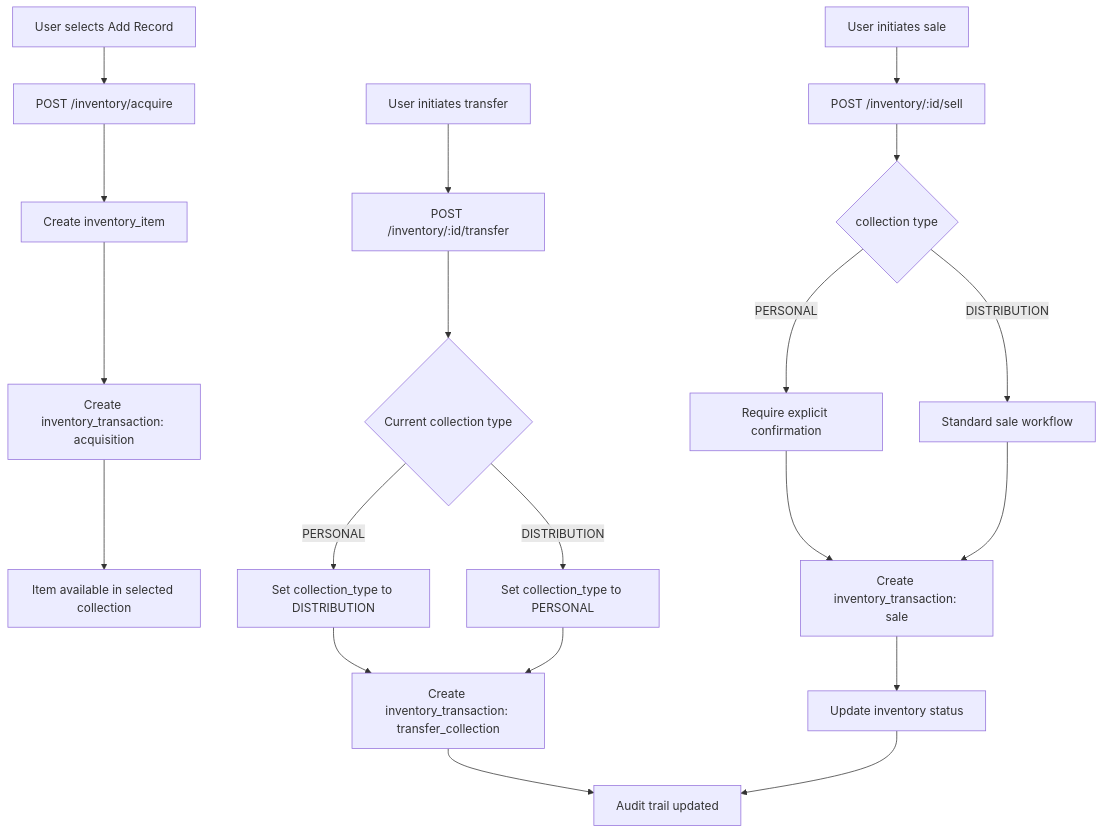
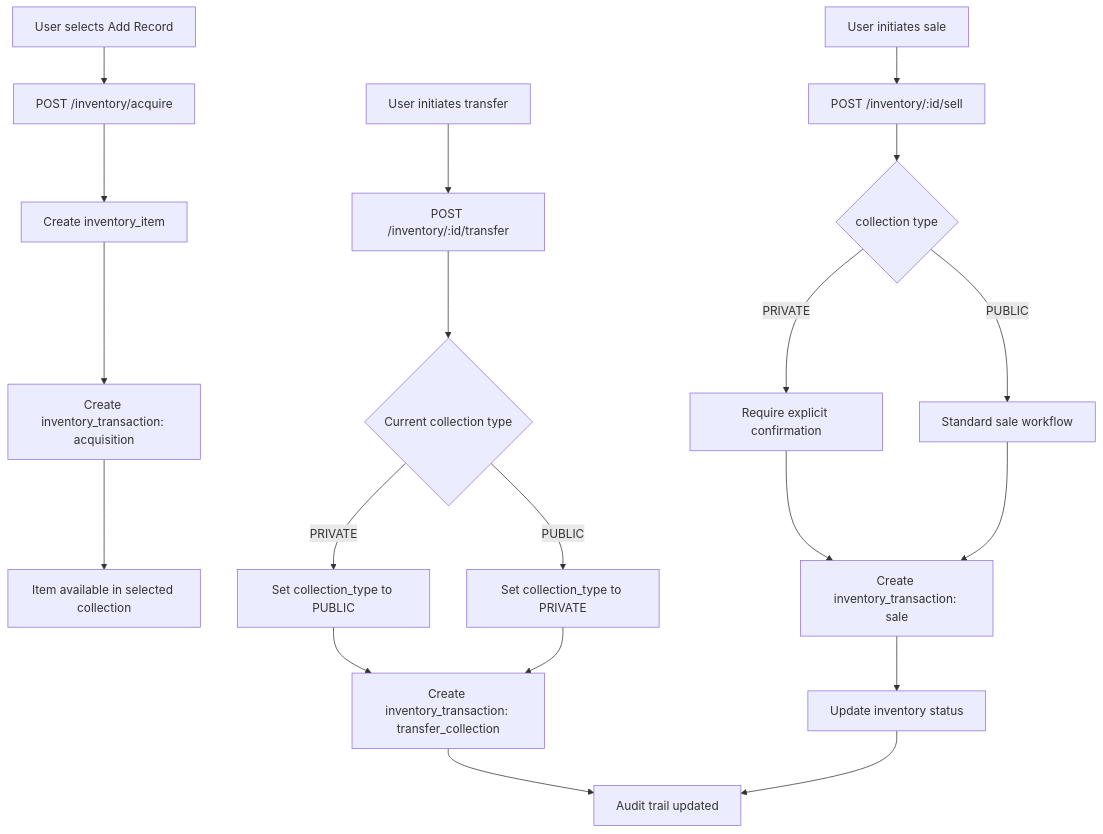
The fourth of 4 diagrams in docs/architecture.md (vrwmiller/records), drawn with Mermaid before and after one commit. The commit also changed other lines of this file and 15 other files, not shown here.

First line of the commit message:
feat: rename collection types PERSONAL/DISTRIBUTION to PRIVATE/PUBLIC

````diff
--- a/docs/architecture.md
+++ b/docs/architecture.md
@@ -235,24 +235,24 @@
 ```mermaid
 flowchart TD
   A[User selects Add Record] --> B[POST /inventory/acquire]
   B --> C[Create inventory_item]
   C --> D[Create inventory_transaction: acquisition]
   D --> E[Item available in selected collection]
 
   F[User initiates transfer] --> G[POST /inventory/:id/transfer]
   G --> H{Current collection type}
-  H -->|PERSONAL| I[Set collection_type to DISTRIBUTION]
-  H -->|DISTRIBUTION| J[Set collection_type to PERSONAL]
+  H -->|PRIVATE| I[Set collection_type to PUBLIC]
+  H -->|PUBLIC| J[Set collection_type to PRIVATE]
   I --> K[Create inventory_transaction: transfer_collection]
   J --> K
   K --> L[Audit trail updated]
 
   M[User initiates sale] --> N[POST /inventory/:id/sell]
   N --> O{collection type}
-  O -->|PERSONAL| P[Require explicit confirmation]
-  O -->|DISTRIBUTION| Q[Standard sale workflow]
+  O -->|PRIVATE| P[Require explicit confirmation]
+  O -->|PUBLIC| Q[Standard sale workflow]
   P --> R[Create inventory_transaction: sale]
   Q --> R
   R --> S[Update inventory status]
   S --> L
 ```
````
